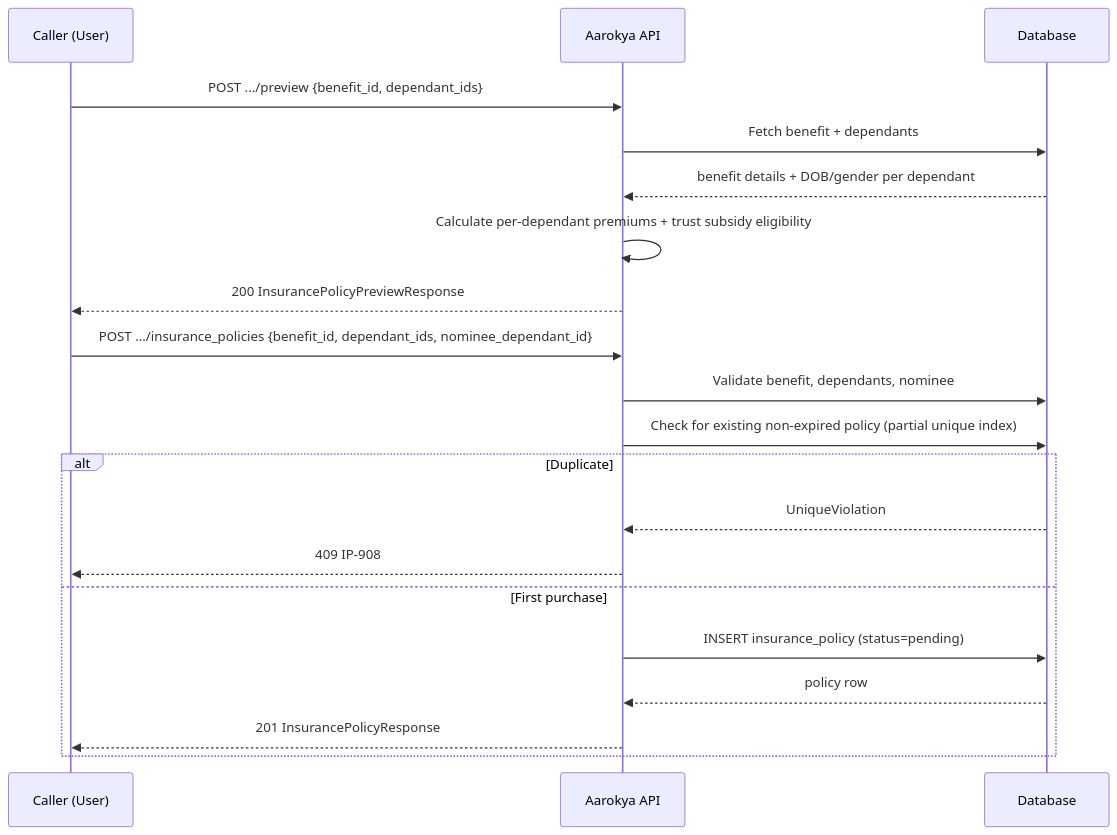
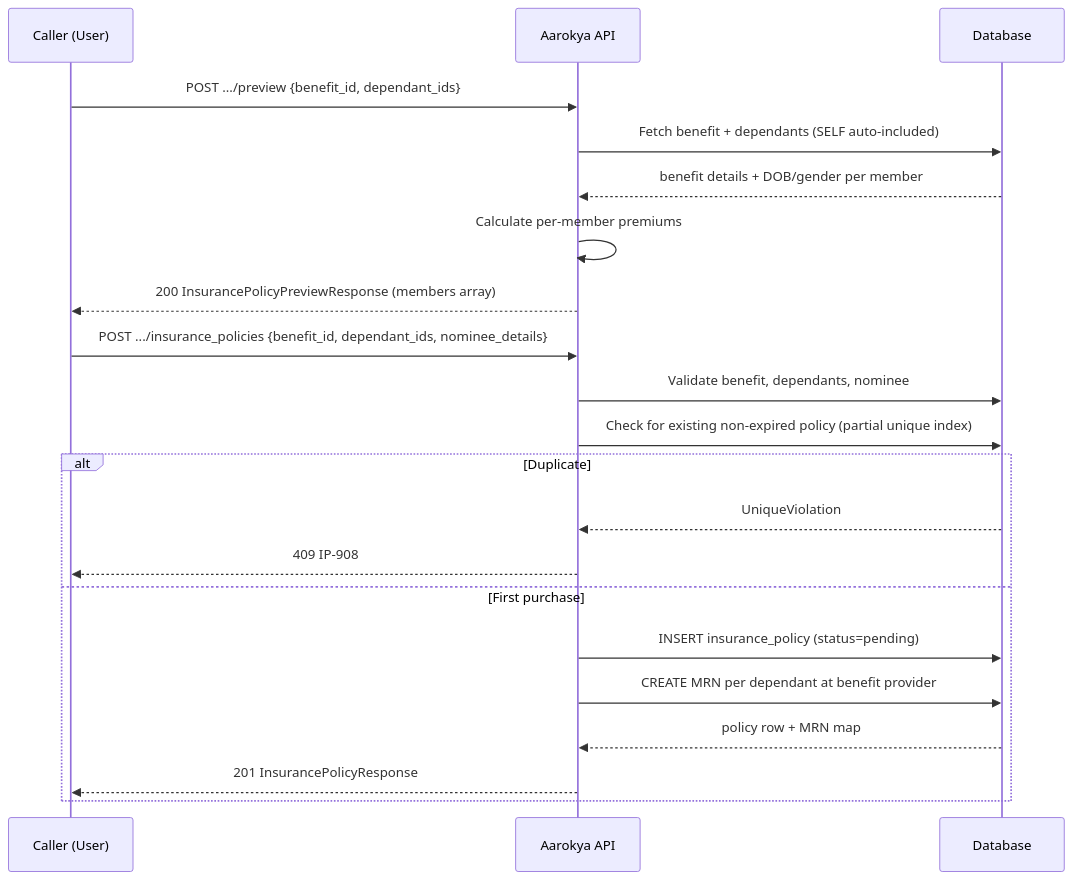
One commit to anu19981/aarokya-backend changed the diagram in api-reference/modules/insurance_policy.mdx. Above: the diagram before and after it, drawn with Mermaid. The commit also changed other lines of this file and 3 other files, not shown here.

````diff
--- a/api-reference/modules/insurance_policy.mdx
+++ b/api-reference/modules/insurance_policy.mdx
@@ -25,24 +27,25 @@
 ```mermaid
 sequenceDiagram
     participant C as Caller (User)
     participant API as Aarokya API
     participant DB as Database
 
     C->>API: POST .../preview {benefit_id, dependant_ids}
-    API->>DB: Fetch benefit + dependants
-    DB-->>API: benefit details + DOB/gender per dependant
-    API->>API: Calculate per-dependant premiums + trust subsidy eligibility
-    API-->>C: 200 InsurancePolicyPreviewResponse
+    API->>DB: Fetch benefit + dependants (SELF auto-included)
+    DB-->>API: benefit details + DOB/gender per member
+    API->>API: Calculate per-member premiums
+    API-->>C: 200 InsurancePolicyPreviewResponse (members array)
 
-    C->>API: POST .../insurance_policies {benefit_id, dependant_ids, nominee_dependant_id}
+    C->>API: POST .../insurance_policies {benefit_id, dependant_ids, nominee_details}
     API->>DB: Validate benefit, dependants, nominee
     API->>DB: Check for existing non-expired policy (partial unique index)
     alt Duplicate
         DB-->>API: UniqueViolation
         API-->>C: 409 IP-908
     else First purchase
         API->>DB: INSERT insurance_policy (status=pending)
-        DB-->>API: policy row
+        API->>DB: CREATE MRN per dependant at benefit provider
+        DB-->>API: policy row + MRN map
         API-->>C: 201 InsurancePolicyResponse
     end
 ```
````
